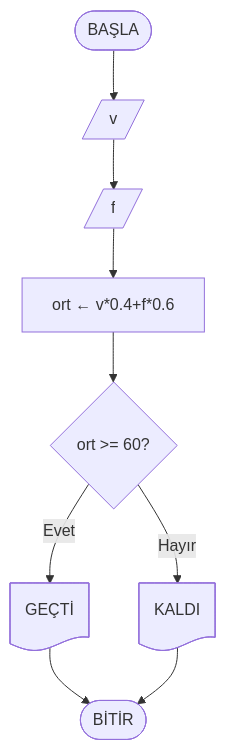
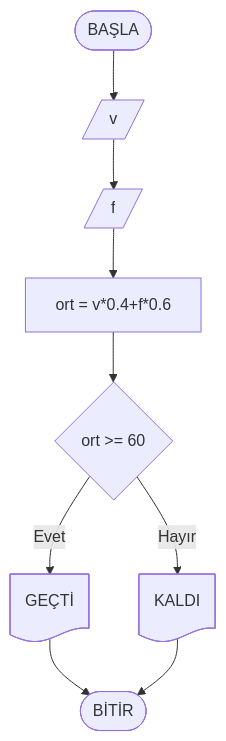
The sixth of 10 diagrams in Hafta02/ders_icerik.md (ibrahimayaz/Algoritma-ve-Programlamaya-Giris-2025), drawn with Mermaid before and after one commit.

Commit message:
NotHesaplama Duzeltildi

````diff
--- a/Hafta02/ders_icerik.md
+++ b/Hafta02/ders_icerik.md
@@ -598,7 +598,7 @@
 ```mermaid
 flowchart TD
-  start([BAŞLA]) --> in1[/v/] --> in2[/f/] --> calc[ort ← v*0.4+f*0.6]
-  calc --> passCheck{ort >= 60?}
+  start([BAŞLA]) --> in1[/v/] --> in2[/f/] --> calc[ort = v*0.4+f*0.6]
+  calc --> passCheck{ort >= 60}
   passCheck -- Evet --> pass@{ shape: doc, label: "GEÇTİ" } --> endNode([BİTİR])
   passCheck -- Hayır --> fail@{ shape: doc, label: "KALDI" } --> endNode
 ```
````
